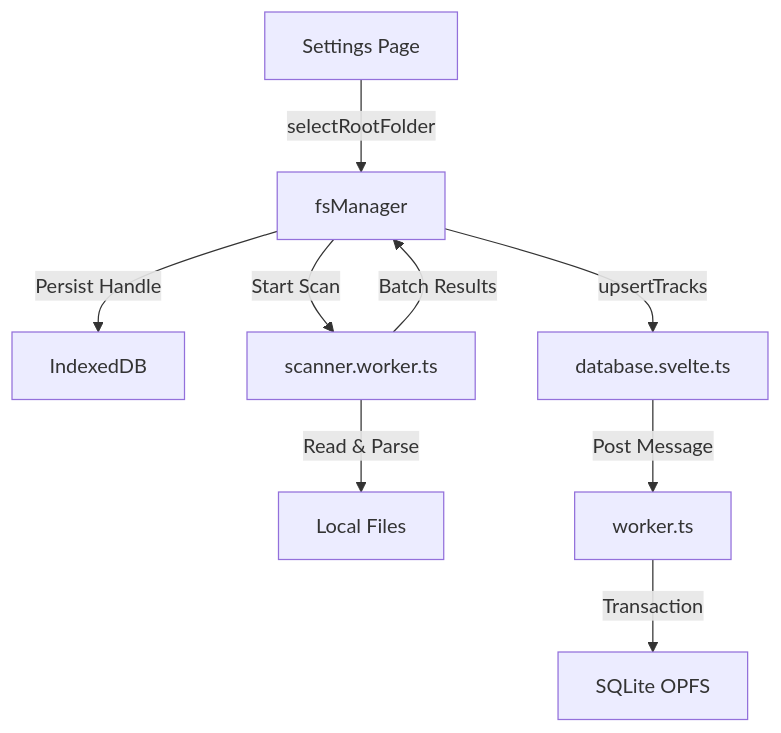
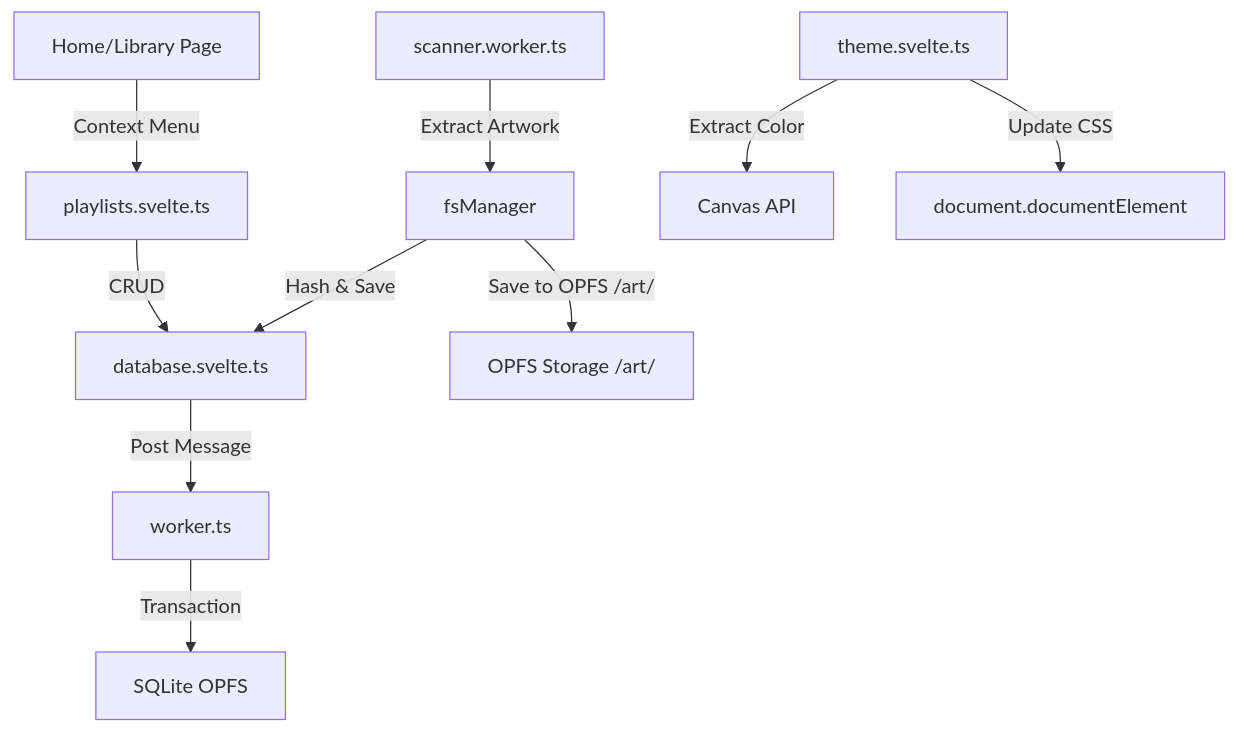
The diagram in CONTEXT.md (Hylst/HylstAudioPlayer), drawn with Mermaid before and after one commit. The commit also changed other lines of this file and 31 other files, not shown here.

````diff
--- a/CONTEXT.md
+++ b/CONTEXT.md
@@ -30,11 +31,12 @@
 ```mermaid
 graph TD
-    UI[Settings Page] -->|selectRootFolder| FSStore[fsManager]
-    FSStore -->|Persist Handle| IDB[IndexedDB]
-    FSStore -->|Start Scan| FSWorker[scanner.worker.ts]
-    FSWorker -->|Read & Parse| Files[Local Files]
-    FSWorker -->|Batch Results| FSStore
-    FSStore -->|upsertTracks| DBStore[database.svelte.ts]
+    UI[Home/Library Page] -->|Context Menu| PLStore[playlists.svelte.ts]
+    PLStore -->|CRUD| DBStore[database.svelte.ts]
+    FSWorker[scanner.worker.ts] -->|Extract Artwork| FSStore[fsManager]
+    FSStore -->|Save to OPFS /art/| OPFS_ART[OPFS Storage /art/]
+    FSStore -->|Hash & Save| DBStore
     DBStore -->|Post Message| DBWorker[worker.ts]
     DBWorker -->|Transaction| SQLite[SQLite OPFS]
+    ThemeStore[theme.svelte.ts] -->|Extract Color| Canvas[Canvas API]
+    ThemeStore -->|Update CSS| Root[document.documentElement]
 ```
````
